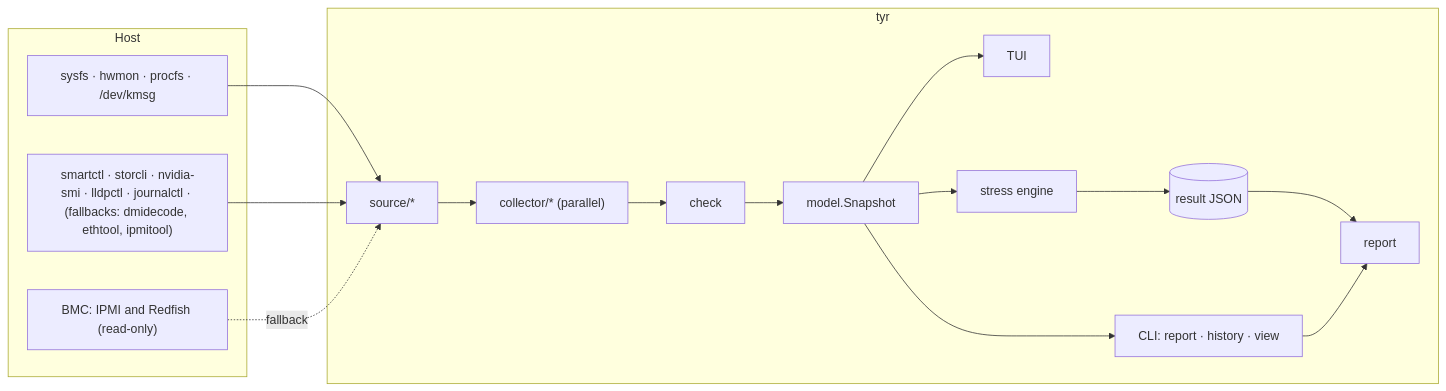
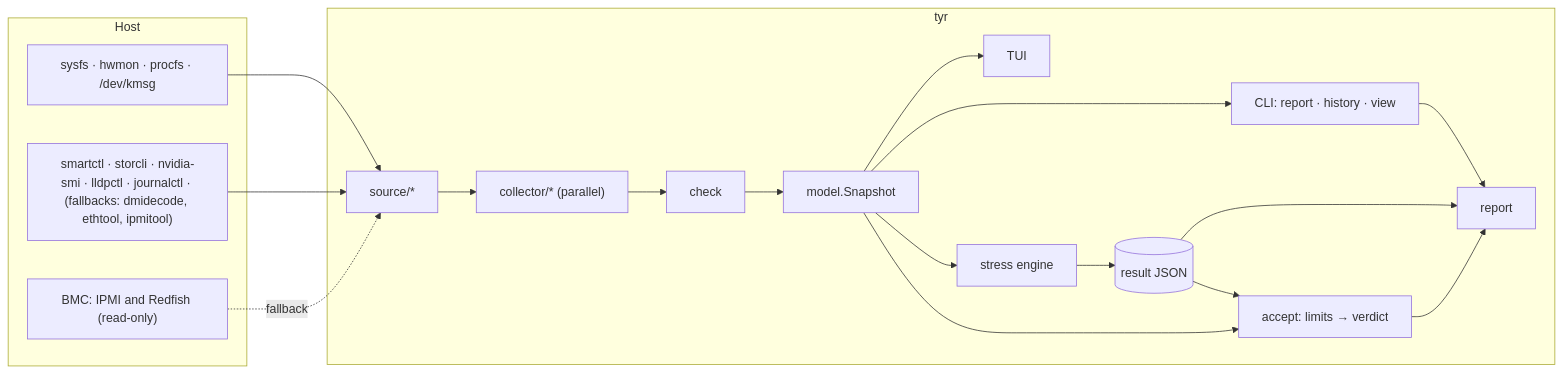
Before and after one commit to noahzmr/tyr: the first of 2 diagrams in docs/architecture.md, drawn with Mermaid. The commit also changed other lines of this file and 34 other files, not shown here.

````diff
--- a/docs/architecture.md
+++ b/docs/architecture.md
@@ -22,21 +23,24 @@
 ```mermaid
 flowchart LR
     subgraph host["Host"]
         sys["sysfs · hwmon · procfs · /dev/kmsg"]
         tools["smartctl · storcli · nvidia-smi · lldpctl · journalctl · (fallbacks: dmidecode, ethtool, ipmitool)"]
         bmc["BMC: IPMI and Redfish (read-only)"]
     end
     subgraph tyr["tyr"]
         src["source/*"] --> col["collector/* (parallel)"]
         col --> chk["check"] --> snap["model.Snapshot"]
         snap --> tui["TUI"]
         snap --> cli["CLI: report · history · view"]
         snap --> stress["stress engine"]
         stress --> res[("result JSON")]
         res --> rep["report"]
+        snap --> acc["accept: limits → verdict"]
+        res --> acc
+        acc --> rep
         cli --> rep
     end
     sys --> src
     tools --> src
     bmc -. fallback .-> src
 ```
````
